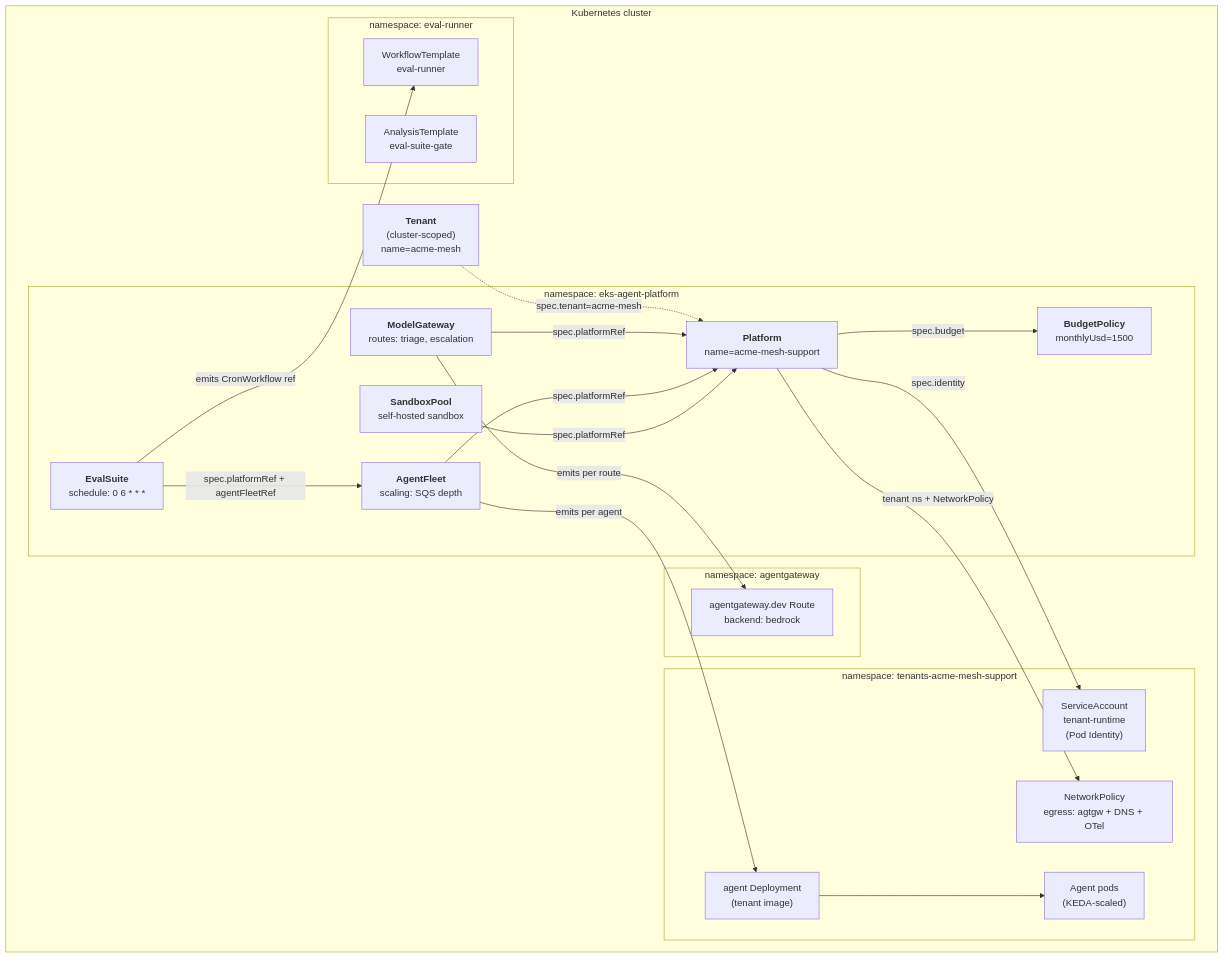
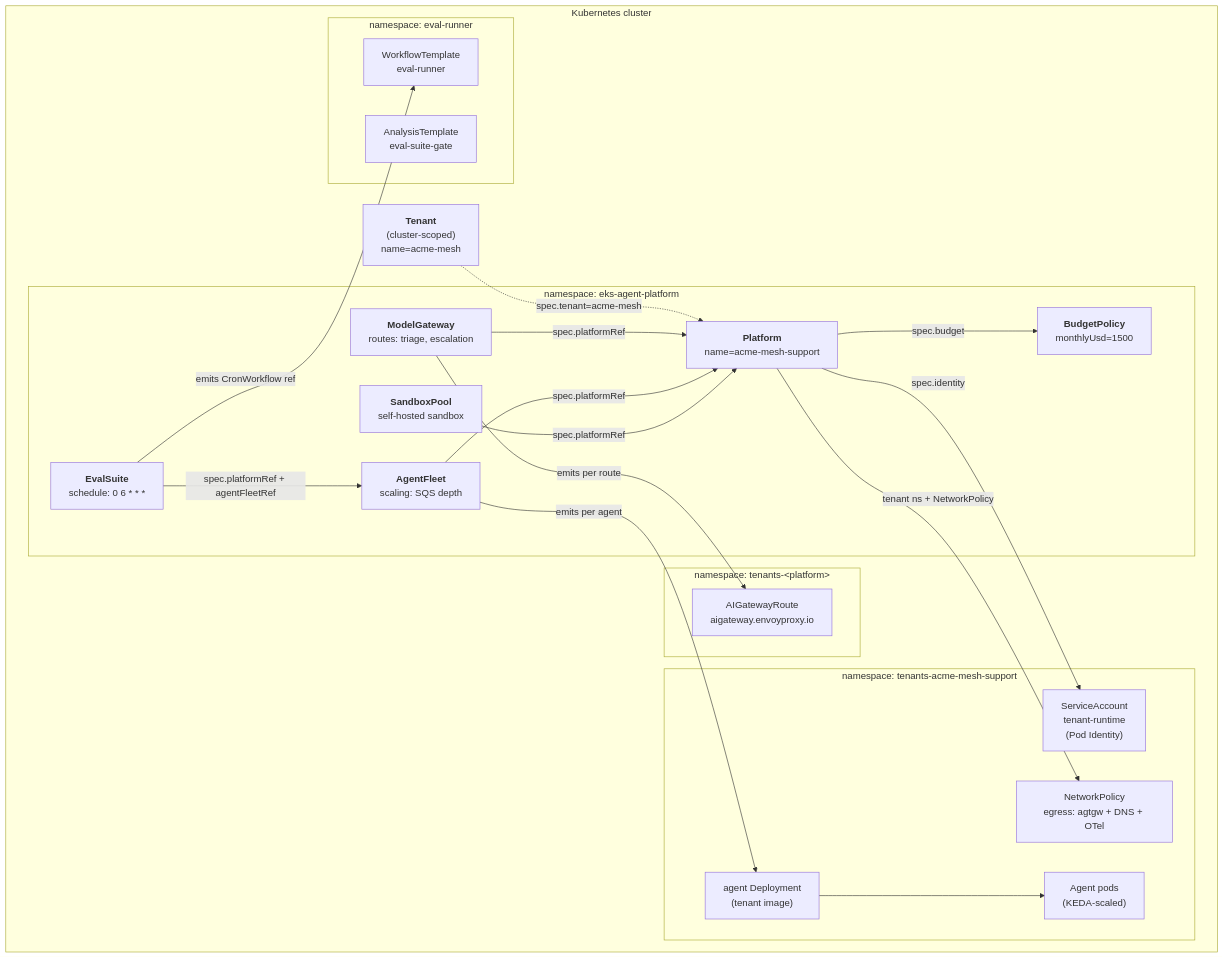
Before and after one commit to nanohype/eks-agent-platform: the first of 3 diagrams in docs/architecture/overview.md, drawn with Mermaid. The commit also changed other lines of this file and 20 other files, not shown here.

````diff
--- a/docs/architecture/overview.md
+++ b/docs/architecture/overview.md
@@ -7,44 +7,44 @@
 ```mermaid
 flowchart TD
   subgraph cluster["Kubernetes cluster"]
     Tenant["<b>Tenant</b><br/>(cluster-scoped)<br/>name=acme-mesh"]
 
     subgraph mgmt["namespace: eks-agent-platform"]
       Platform["<b>Platform</b><br/>name=acme-mesh-support"]
       Budget["<b>BudgetPolicy</b><br/>monthlyUsd=1500"]
       Gateway["<b>ModelGateway</b><br/>routes: triage, escalation"]
       Fleet["<b>AgentFleet</b><br/>scaling: SQS depth"]
       Sandbox["<b>SandboxPool</b><br/>self-hosted sandbox"]
       Eval["<b>EvalSuite</b><br/>schedule: 0 6 * * *"]
     end
 
     subgraph tenantns["namespace: tenants-acme-mesh-support"]
       SA["ServiceAccount<br/>tenant-runtime<br/>(Pod Identity)"]
       NP["NetworkPolicy<br/>egress: agtgw + DNS + OTel"]
       AgentCR["agent Deployment<br/>(tenant image)"]
       Pods["Agent pods<br/>(KEDA-scaled)"]
     end
 
-    subgraph agtgw["namespace: agentgateway"]
-      Route["agentgateway.dev Route<br/>backend: bedrock"]
+    subgraph agtgw["namespace: tenants-&lt;platform&gt;"]
+      Route["AIGatewayRoute<br/>aigateway.envoyproxy.io"]
     end
 
     subgraph evalrun["namespace: eval-runner"]
       WT["WorkflowTemplate<br/>eval-runner"]
       AT["AnalysisTemplate<br/>eval-suite-gate"]
     end
   end
 
   Tenant -. "spec.tenant=acme-mesh" .-> Platform
   Platform -- "spec.budget" --> Budget
   Platform -- "spec.identity" --> SA
   Platform -- "tenant ns + NetworkPolicy" --> NP
   Gateway -- "spec.platformRef" --> Platform
   Gateway -- "emits per route" --> Route
   Fleet -- "spec.platformRef" --> Platform
   Fleet -- "emits per agent" --> AgentCR
   Sandbox -- "spec.platformRef" --> Platform
   AgentCR --> Pods
   Eval -- "spec.platformRef + agentFleetRef" --> Fleet
   Eval -- "emits CronWorkflow ref" --> WT
 ```
````
